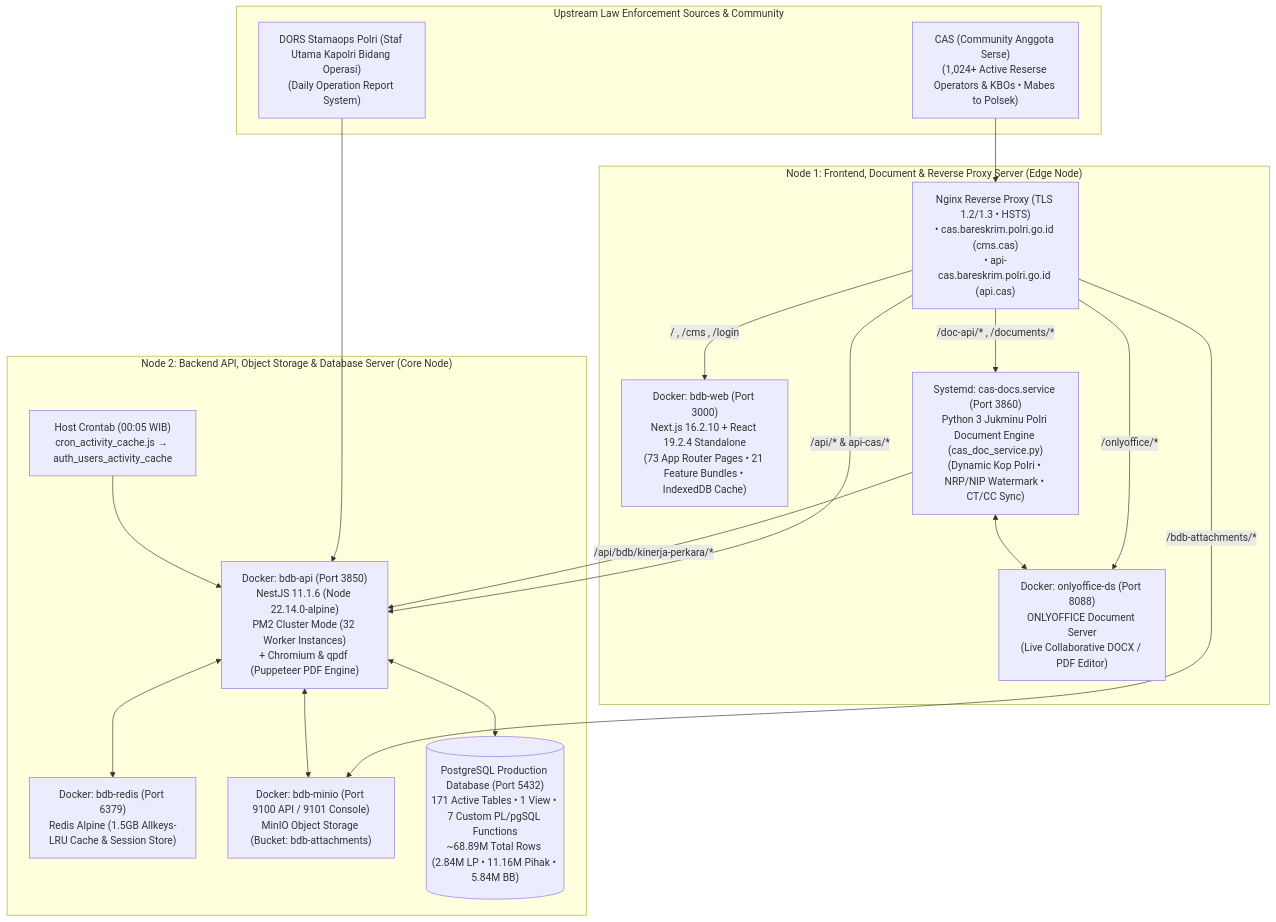
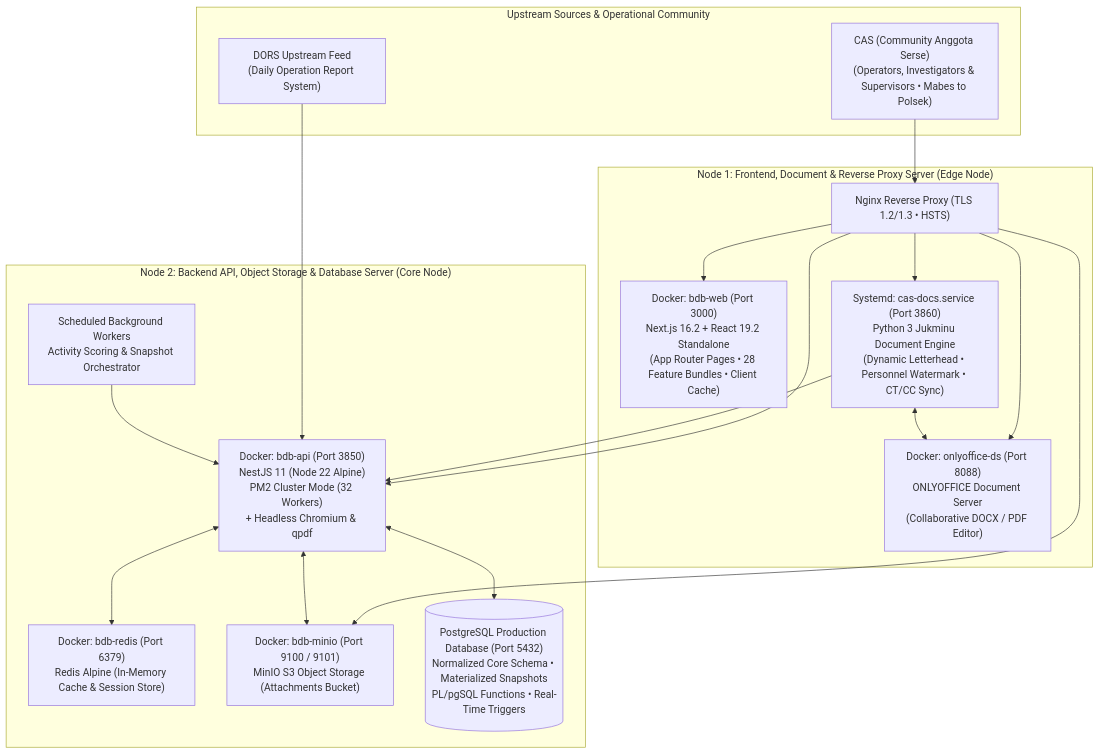
One commit to omeko42/big-data-binops changed the second of 2 diagrams in README.md. Above: the diagram before and after it, drawn with Mermaid. The commit also changed other lines of this file and 40 other files, not shown here.

````diff
--- a/README.md
+++ b/README.md
@@ -62,36 +60,36 @@
 ```mermaid
 flowchart TB
-    subgraph Upstream["Upstream Law Enforcement Sources & Community"]
-        DORS["DORS Stamaops Polri (Staf Utama Kapolri Bidang Operasi)<br/>(Daily Operation Report System)"]
-        CAS["CAS (Community Anggota Serse)<br/>(1,024+ Active Reserse Operators & KBOs • Mabes to Polsek)"]
+    subgraph Upstream["Upstream Sources & Operational Community"]
+        DORS["DORS Upstream Feed<br/>(Daily Operation Report System)"]
+        CAS["CAS (Community Anggota Serse)<br/>(Operators, Investigators & Supervisors • Mabes to Polsek)"]
     end
 
     subgraph EdgeNode["Node 1: Frontend, Document & Reverse Proxy Server (Edge Node)"]
-        Nginx["Nginx Reverse Proxy (TLS 1.2/1.3 • HSTS)<br/>• cas.bareskrim.polri.go.id (cms.cas)<br/>• api-cas.bareskrim.polri.go.id (api.cas)"]
-        BdbWeb["Docker: bdb-web (Port 3000)<br/>Next.js 16.2.10 + React 19.2.4 Standalone<br/>(73 App Router Pages • 21 Feature Bundles • IndexedDB Cache)"]
-        CasDocs["Systemd: cas-docs.service (Port 3860)<br/>Python 3 Jukminu Polri Document Engine (cas_doc_service.py)<br/>(Dynamic Kop Polri • NRP/NIP Watermark • CT/CC Sync)"]
-        OnlyOffice["Docker: onlyoffice-ds (Port 8088)<br/>ONLYOFFICE Document Server<br/>(Live Collaborative DOCX / PDF Editor)"]
+        Nginx["Nginx Reverse Proxy (TLS 1.2/1.3 • HSTS)"]
+        BdbWeb["Docker: bdb-web (Port 3000)<br/>Next.js 16.2 + React 19.2 Standalone<br/>(App Router Pages • 28 Feature Bundles • Client Cache)"]
+        CasDocs["Systemd: cas-docs.service (Port 3860)<br/>Python 3 Jukminu Document Engine<br/>(Dynamic Letterhead • Personnel Watermark • CT/CC Sync)"]
+        OnlyOffice["Docker: onlyoffice-ds (Port 8088)<br/>ONLYOFFICE Document Server<br/>(Collaborative DOCX / PDF Editor)"]
     end
 
     subgraph CoreNode["Node 2: Backend API, Object Storage & Database Server (Core Node)"]
-        BdbApi["Docker: bdb-api (Port 3850)<br/>NestJS 11.1.6 (Node 22.14.0-alpine)<br/>PM2 Cluster Mode (32 Worker Instances)<br/>+ Chromium & qpdf (Puppeteer PDF Engine)"]
-        BdbRedis["Docker: bdb-redis (Port 6379)<br/>Redis Alpine (1.5GB Allkeys-LRU Cache & Session Store)"]
-        BdbMinio["Docker: bdb-minio (Port 9100 API / 9101 Console)<br/>MinIO Object Storage (Bucket: bdb-attachments)"]
-        Postgres[("PostgreSQL Production Database (Port 5432)<br/>171 Active Tables • 1 View • 7 Custom PL/pgSQL Functions<br/>~68.89M Total Rows (2.84M LP • 11.16M Pihak • 5.84M BB)")]
-        CronBe["Host Crontab (00:05 WIB)<br/>cron_activity_cache.js → auth_users_activity_cache"]
+        BdbApi["Docker: bdb-api (Port 3850)<br/>NestJS 11 (Node 22 Alpine)<br/>PM2 Cluster Mode (32 Workers)<br/>+ Headless Chromium & qpdf"]
+        BdbRedis["Docker: bdb-redis (Port 6379)<br/>Redis Alpine (In-Memory Cache & Session Store)"]
+        BdbMinio["Docker: bdb-minio (Port 9100 / 9101)<br/>MinIO S3 Object Storage (Attachments Bucket)"]
+        Postgres[("PostgreSQL Production Database (Port 5432)<br/>Normalized Core Schema • Materialized Snapshots<br/>PL/pgSQL Functions • Real-Time Triggers")]
+        CronBe["Scheduled Background Workers<br/>Activity Scoring & Snapshot Orchestrator"]
     end
 
     DORS --> BdbApi
     CAS --> Nginx
-    Nginx -->|"/ , /cms , /login"| BdbWeb
-    Nginx -->|"/doc-api/* , /documents/*"| CasDocs
-    Nginx -->|"/onlyoffice/*"| OnlyOffice
-    Nginx -->|"/api/* & api-cas/*"| BdbApi
-    Nginx -->|"/bdb-attachments/*"| BdbMinio
+    Nginx --> BdbWeb
+    Nginx --> CasDocs
+    Nginx --> OnlyOffice
+    Nginx --> BdbApi
+    Nginx --> BdbMinio
     CasDocs <--> OnlyOffice
-    CasDocs -->|"/api/bdb/kinerja-perkara/*"| BdbApi
+    CasDocs --> BdbApi
     BdbApi <--> Postgres
     BdbApi <--> BdbRedis
     BdbApi <--> BdbMinio
     CronBe --> BdbApi
 ```
````
